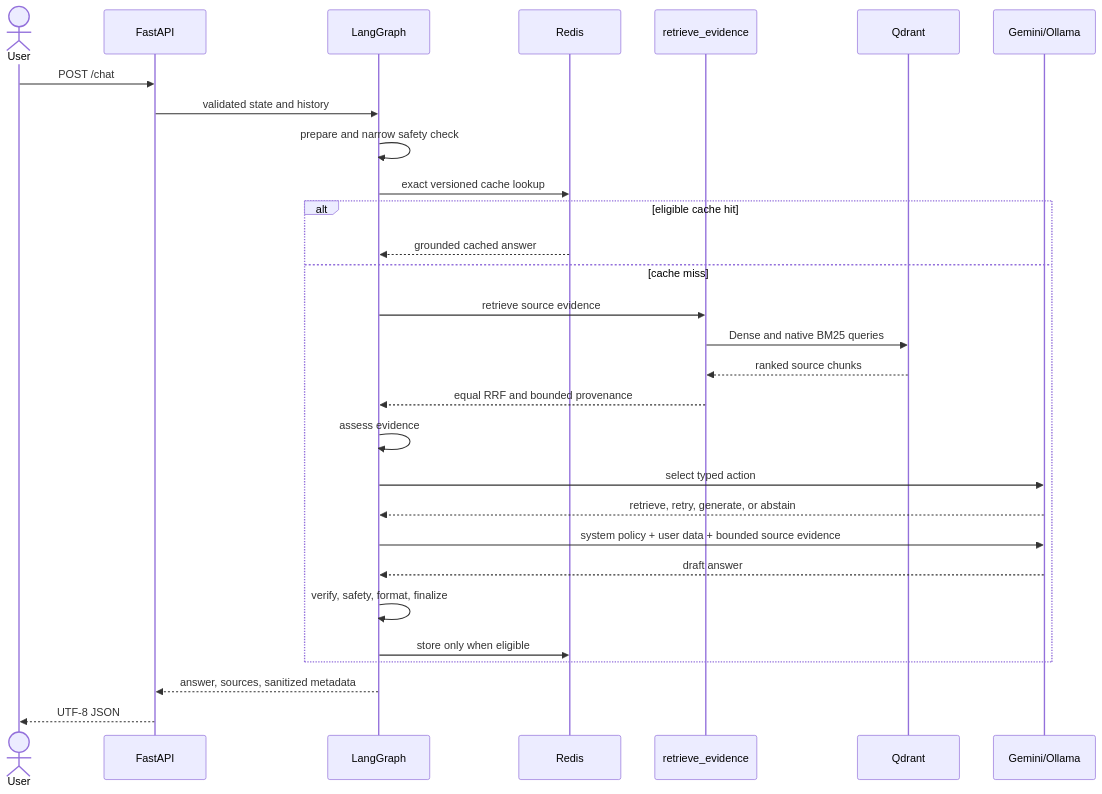
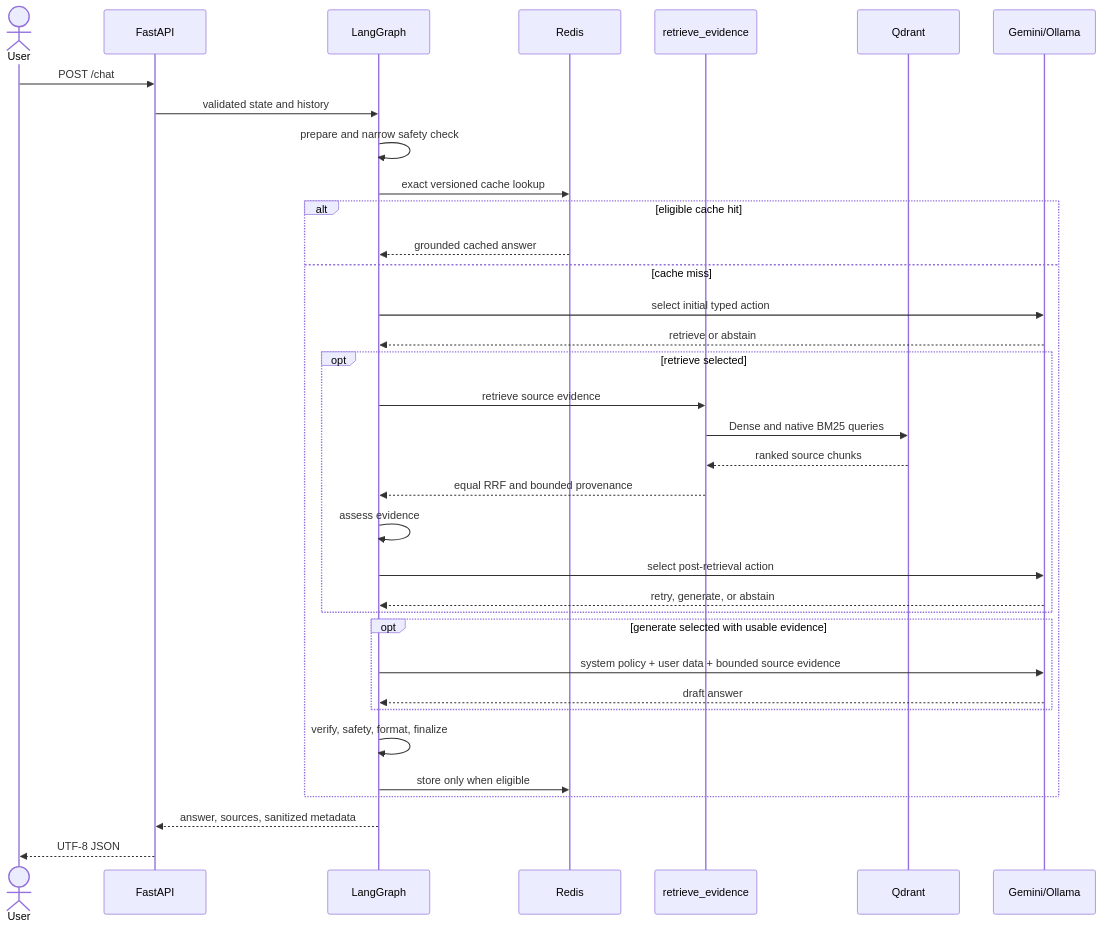
The diagram in docs/AGENT_WORKFLOW.md (MinhHoang1403/Acne_Advisor_AI), drawn with Mermaid before and after one commit. The commit also changed other lines of this file and 22 other files, not shown here.

````diff
--- a/docs/AGENT_WORKFLOW.md
+++ b/docs/AGENT_WORKFLOW.md
@@ -38,32 +38,38 @@
 ```mermaid
 sequenceDiagram
     actor User
     participant API as FastAPI
     participant Agent as LangGraph
     participant Cache as Redis
     participant Tool as retrieve_evidence
     participant Qdrant
     participant LLM as Gemini/Ollama
 
     User->>API: POST /chat
     API->>Agent: validated state and history
     Agent->>Agent: prepare and narrow safety check
     Agent->>Cache: exact versioned cache lookup
     alt eligible cache hit
         Cache-->>Agent: grounded cached answer
     else cache miss
-        Agent->>Tool: retrieve source evidence
-        Tool->>Qdrant: Dense and native BM25 queries
-        Qdrant-->>Tool: ranked source chunks
-        Tool-->>Agent: equal RRF and bounded provenance
-        Agent->>Agent: assess evidence
-        Agent->>LLM: select typed action
-        LLM-->>Agent: retrieve, retry, generate, or abstain
-        Agent->>LLM: system policy + user data + bounded source evidence
-        LLM-->>Agent: draft answer
+        Agent->>LLM: select initial typed action
+        LLM-->>Agent: retrieve or abstain
+        opt retrieve selected
+            Agent->>Tool: retrieve source evidence
+            Tool->>Qdrant: Dense and native BM25 queries
+            Qdrant-->>Tool: ranked source chunks
+            Tool-->>Agent: equal RRF and bounded provenance
+            Agent->>Agent: assess evidence
+            Agent->>LLM: select post-retrieval action
+            LLM-->>Agent: retry, generate, or abstain
+        end
+        opt generate selected with usable evidence
+            Agent->>LLM: system policy + user data + bounded source evidence
+            LLM-->>Agent: draft answer
+        end
         Agent->>Agent: verify, safety, format, finalize
         Agent->>Cache: store only when eligible
     end
     Agent-->>API: answer, sources, sanitized metadata
     API-->>User: UTF-8 JSON
 ```
````
